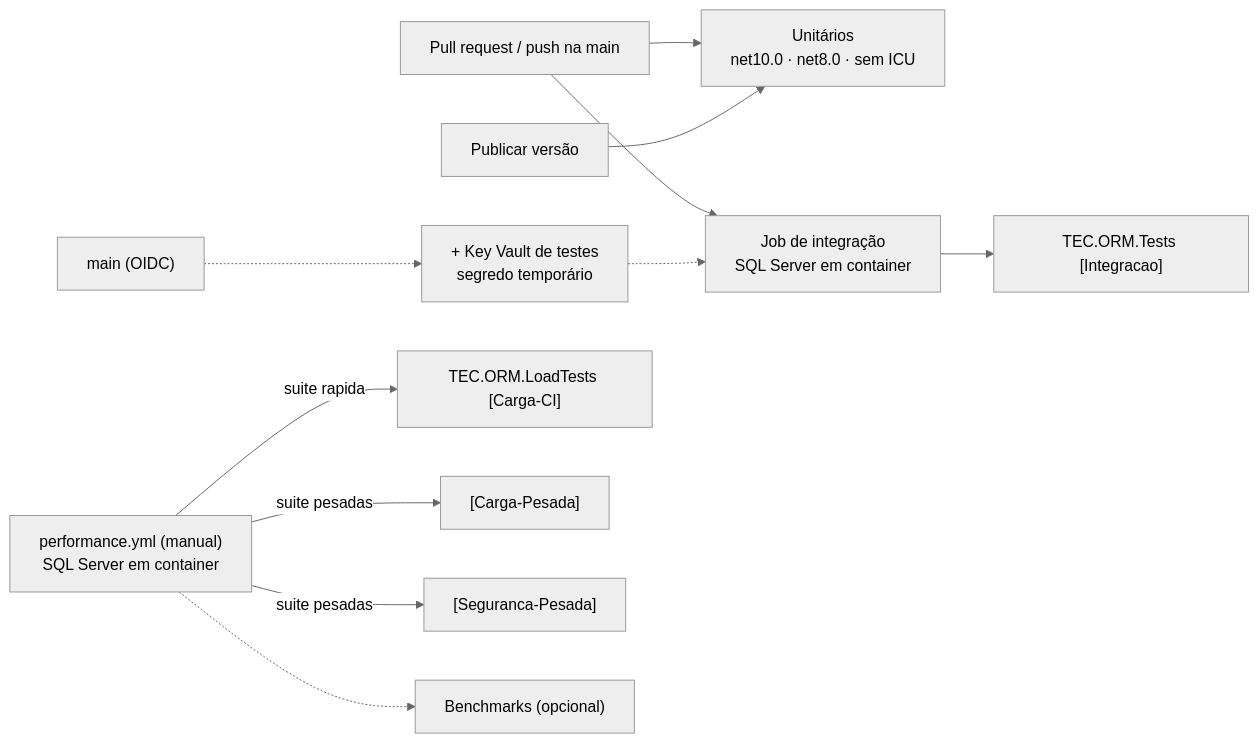
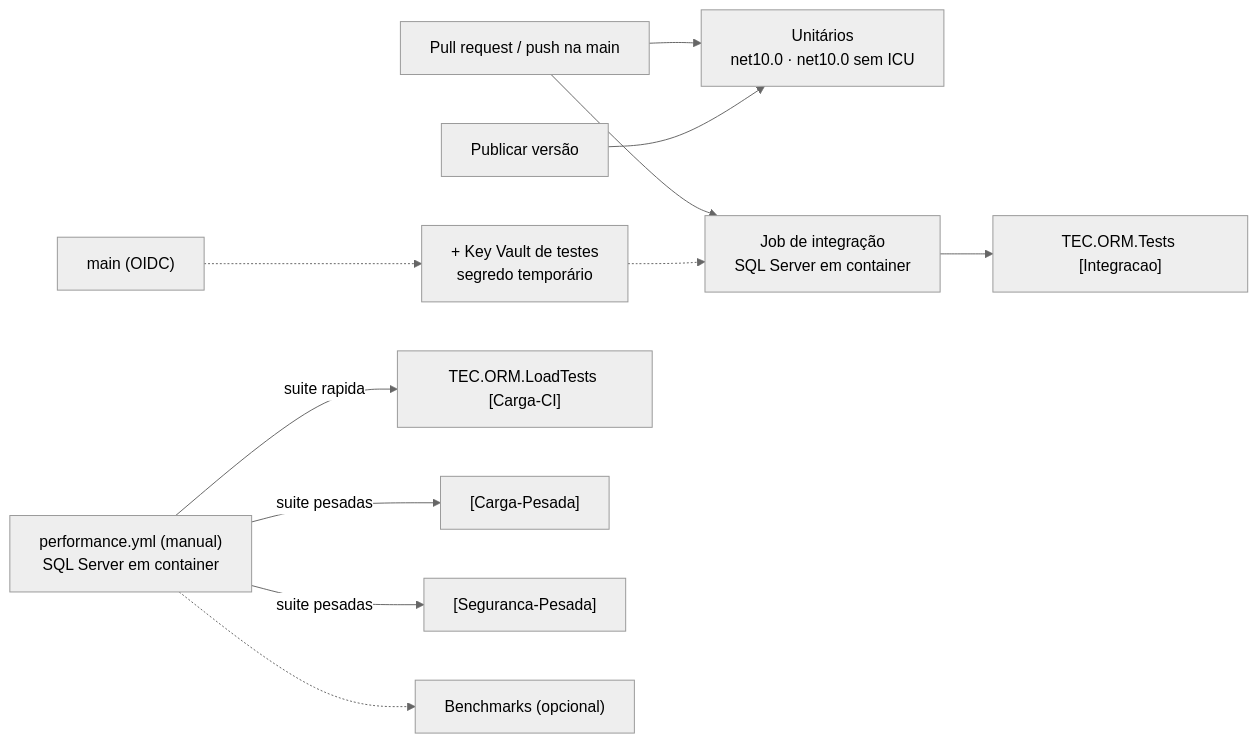
One commit to tudoemcodigo/lib-tec-orm changed the first of 2 diagrams in docs/testes.md. Above: the diagram before and after it, drawn with Mermaid (neutral theme). The commit also changed other lines of this file and 160 other files, not shown here.

````diff
--- a/docs/testes.md
+++ b/docs/testes.md
@@ -51,13 +54,13 @@
 ```mermaid
 flowchart LR
-    PR["Pull request / push na main"] --> U["Unitários<br/>net10.0 · net8.0 · sem ICU"]
+    PR["Pull request / push na main"] --> U["Unitários<br/>net10.0 · net10.0 sem ICU"]
     REL["Publicar versão"] --> U
     PR --> IT["Job de integração<br/>SQL Server em container"]
     IT --> I1["TEC.ORM.Tests [Integracao]"]
     MAIN["main (OIDC)"] -.-> KV["+ Key Vault de testes<br/>segredo temporário"]
     KV -.-> IT
     PERF["performance.yml (manual)<br/>SQL Server em container"] -->|"suite rapida"| I2["TEC.ORM.LoadTests [Carga-CI]"]
     PERF -->|"suite pesadas"| H1["[Carga-Pesada]"]
     PERF -->|"suite pesadas"| H2["[Seguranca-Pesada]"]
     PERF -.-> BM["Benchmarks (opcional)"]
 ```
````
